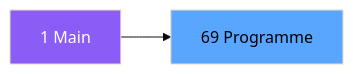
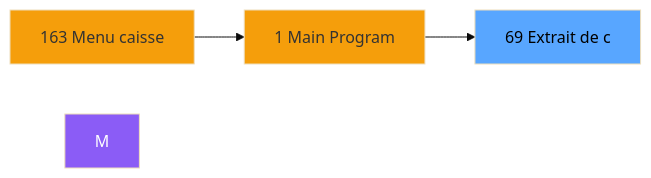
Before and after one commit to thonyAGP/magic-migration: the second of 3 diagrams in .openspec/specs/ADH-IDE-69.md, drawn with Mermaid (base theme). The commit also changed other lines of this file and 323 other files, not shown here.

````diff
--- a/.openspec/specs/ADH-IDE-69.md
+++ b/.openspec/specs/ADH-IDE-69.md
@@ -115,8 +130,12 @@
 ```mermaid
 graph LR
-    M[1 Main]
-    T[69 Programme]
-    M --> T
+    N163[163 Menu caisse ]
+    N1[1 Main Program]
+    T[69 Extrait de c]
+    N163 --> N1
+    N1 --> T
     style M fill:#8b5cf6,color:#fff
+    style N163 fill:#f59e0b
+    style N1 fill:#f59e0b
     style T fill:#58a6ff,color:#000
 ```
````
